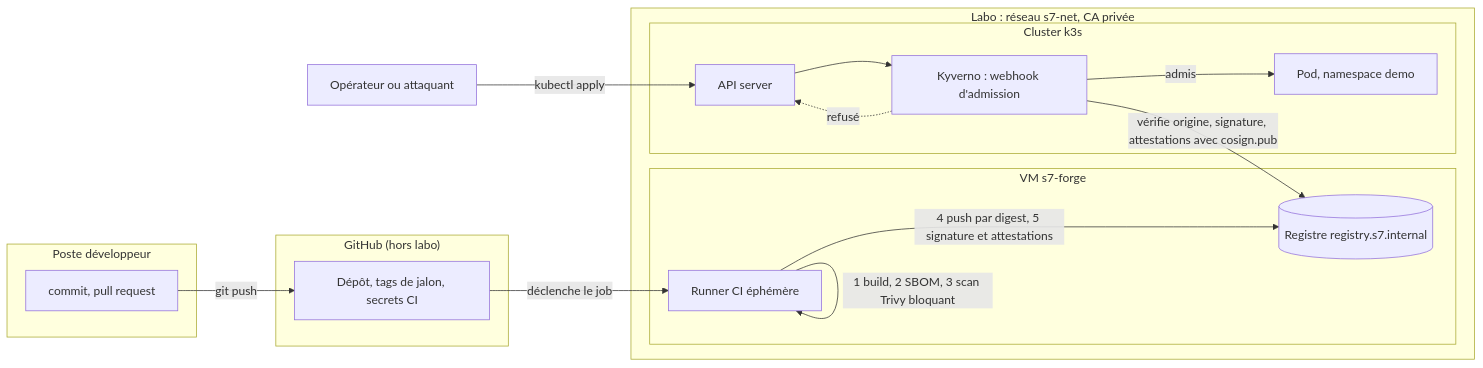
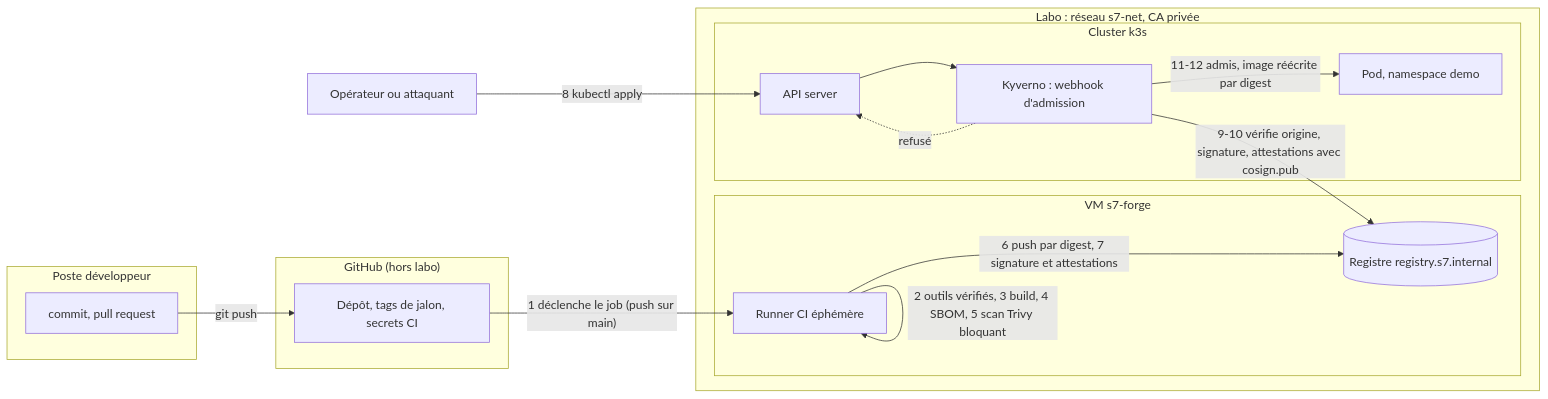
One commit to Polk4a/DevOps-Sujet7 changed the diagram in docs/architecture.md. Above: the diagram before and after it, drawn with Mermaid. The commit also changed other lines of this file and 10 other files, not shown here.

````diff
--- a/docs/architecture.md
+++ b/docs/architecture.md
@@ -17,30 +17,30 @@
 ```mermaid
 flowchart LR
   subgraph POSTE["Poste développeur"]
     DEV["commit, pull request"]
   end
   subgraph GH["GitHub (hors labo)"]
     REPO["Dépôt, tags de jalon, secrets CI"]
   end
   OP["Opérateur ou attaquant"]
   subgraph LABO["Labo : réseau s7-net, CA privée"]
     subgraph FORGE["VM s7-forge"]
       RUN["Runner CI éphémère"]
       REG[("Registre registry.s7.internal")]
     end
     subgraph K8S["Cluster k3s"]
       API["API server"]
       KYV["Kyverno : webhook d'admission"]
       POD["Pod, namespace demo"]
     end
   end
   DEV -->|"git push"| REPO
-  REPO -->|"déclenche le job"| RUN
-  RUN -->|"1 build, 2 SBOM, 3 scan Trivy bloquant"| RUN
-  RUN -->|"4 push par digest, 5 signature et attestations"| REG
-  OP -->|"kubectl apply"| API
+  REPO -->|"1 déclenche le job (push sur main)"| RUN
+  RUN -->|"2 outils vérifiés, 3 build, 4 SBOM, 5 scan Trivy bloquant"| RUN
+  RUN -->|"6 push par digest, 7 signature et attestations"| REG
+  OP -->|"8 kubectl apply"| API
   API --> KYV
-  KYV -->|"vérifie origine, signature, attestations avec cosign.pub"| REG
-  KYV -->|"admis"| POD
+  KYV -->|"9-10 vérifie origine, signature, attestations avec cosign.pub"| REG
+  KYV -->|"11-12 admis, image réécrite par digest"| POD
   KYV -.->|"refusé"| API
 ```
````
